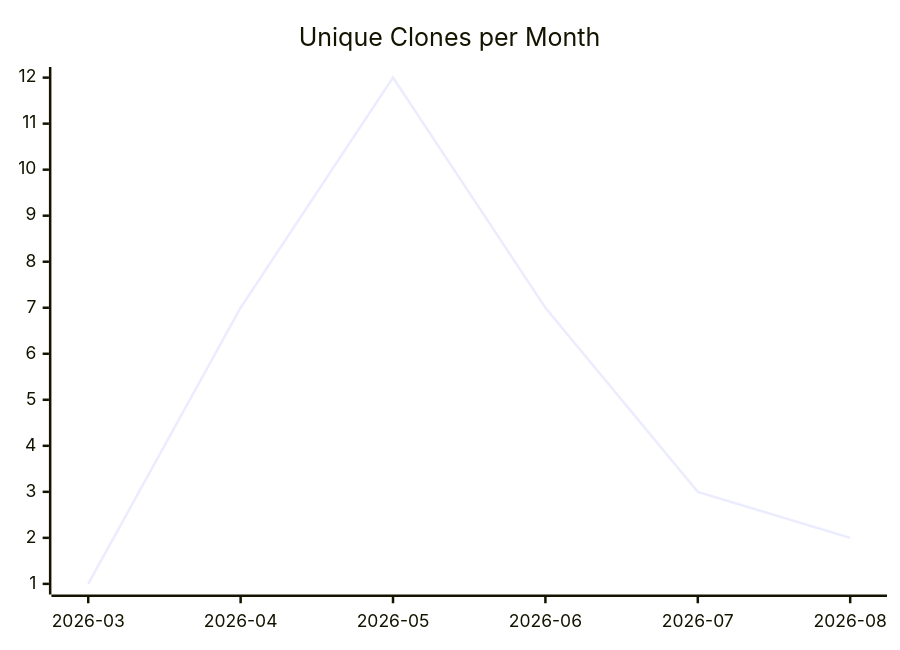
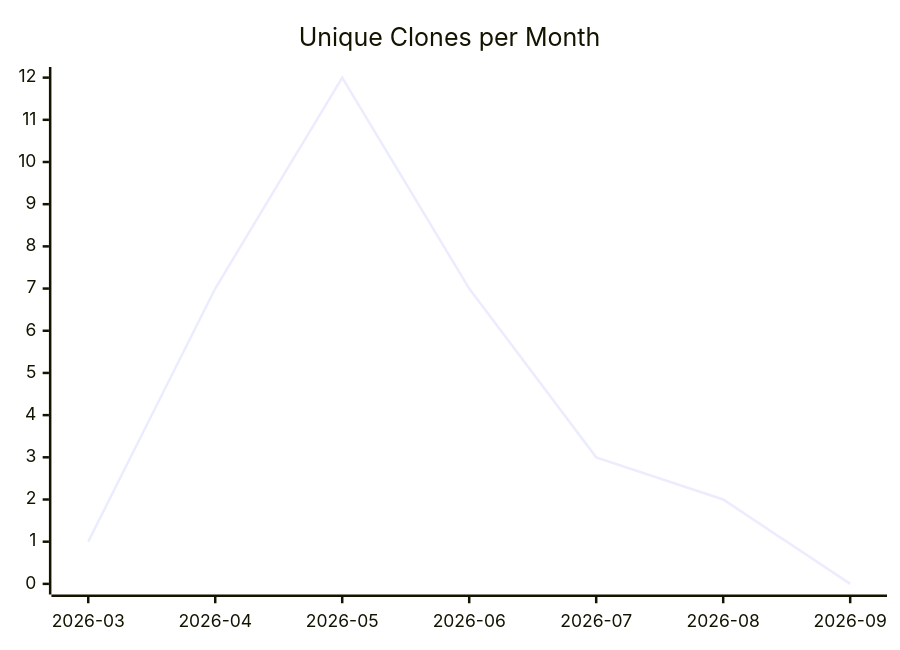
One commit to justdavis-family/github-analytics-data changed the third of 3 diagrams in karlmdavis/sample-maven-and-rcp/README.md. Above: the diagram before and after it, drawn with Mermaid. The commit also changed other lines of this file and 191 other files, not shown here.

````diff
--- a/karlmdavis/sample-maven-and-rcp/README.md
+++ b/karlmdavis/sample-maven-and-rcp/README.md
@@ -19,6 +19,6 @@
 ```mermaid
 xychart-beta
   title "Unique Clones per Month"
-  x-axis ["2026-03", "2026-04", "2026-05", "2026-06", "2026-07", "2026-08"]
-  line [1, 7, 12, 7, 3, 2]
+  x-axis ["2026-03", "2026-04", "2026-05", "2026-06", "2026-07", "2026-08", "2026-09"]
+  line [1, 7, 12, 7, 3, 2, 0]
 ```
````
